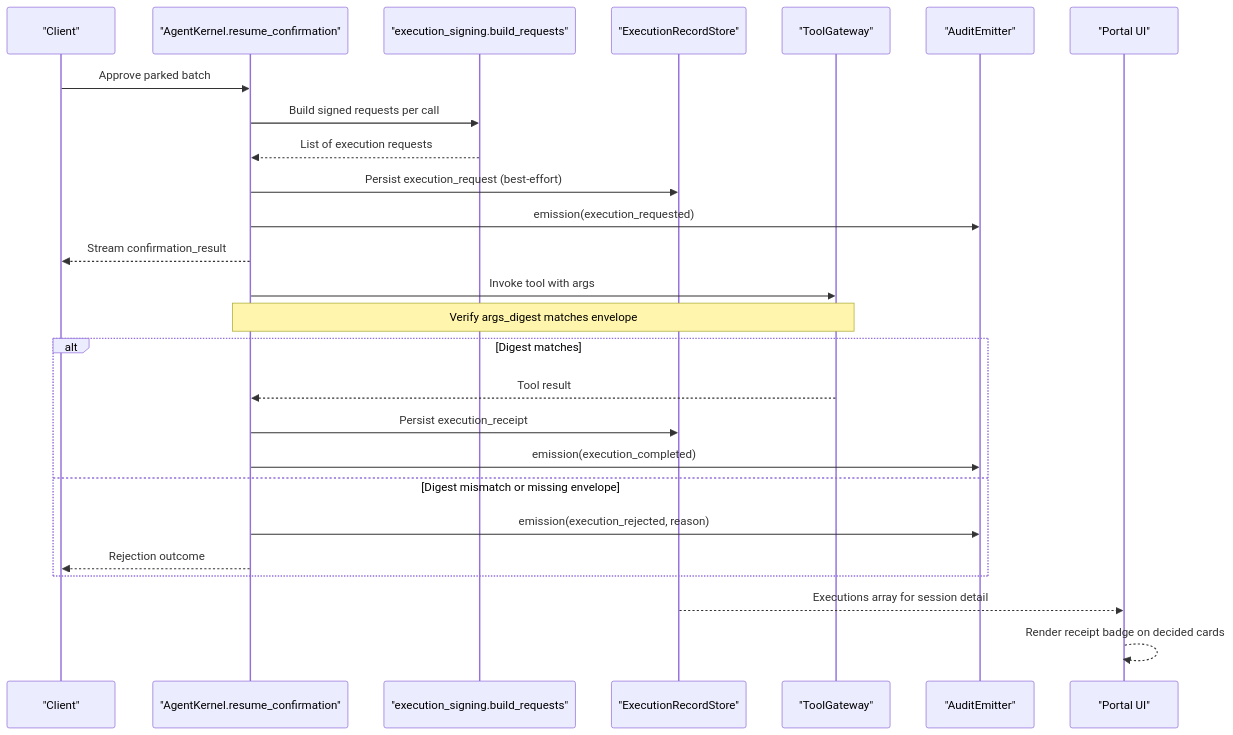
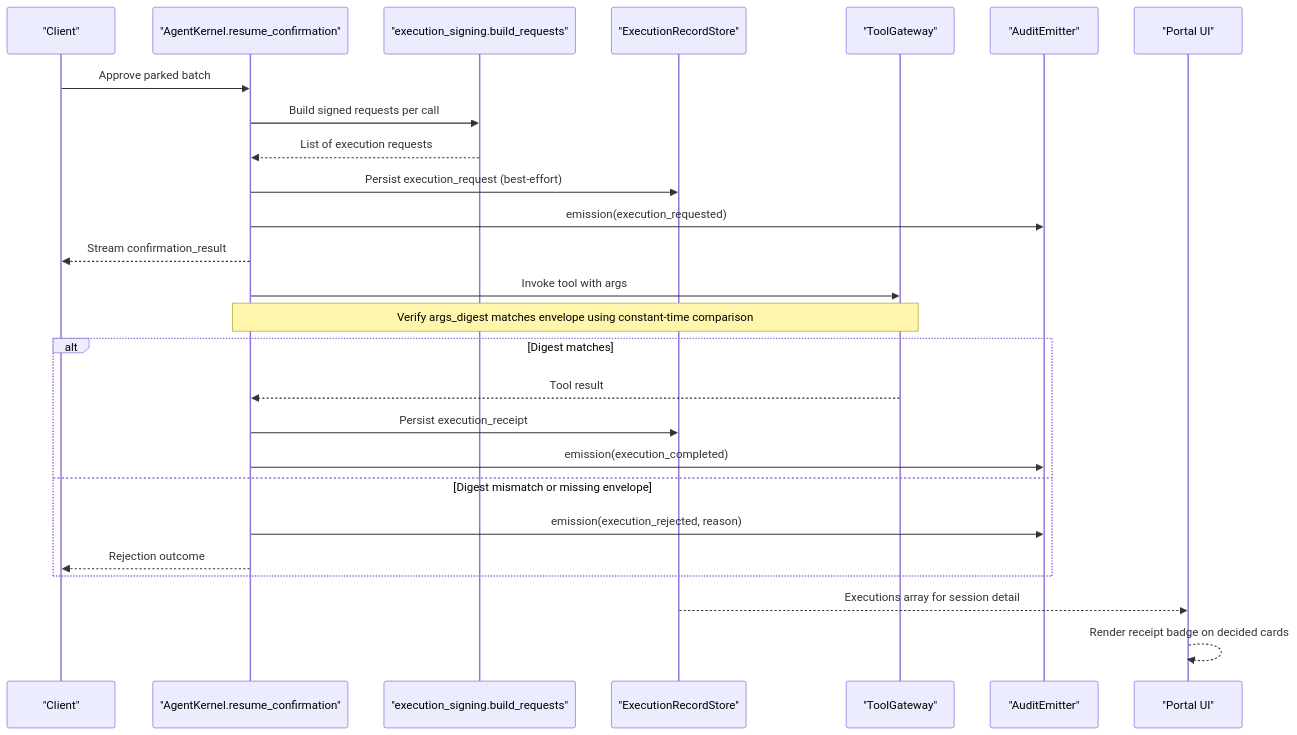
One commit to metasync/luban-aiops changed the second of 8 diagrams in .qoder/repowiki/en/content/Architecture Documentation/SPEC-037_ Signed Execution Requests and Receipts.md. Above: the diagram before and after it, drawn with Mermaid. The commit also changed other lines of this file and 6 other files, not shown here.

````diff
--- a/.qoder/repowiki/en/content/Architecture Documentation/SPEC-037_ Signed Execution Requests and Receipts.md
+++ b/.qoder/repowiki/en/content/Architecture Documentation/SPEC-037_ Signed Execution Requests and Receipts.md
@@ -130,28 +132,28 @@
 ```mermaid
 sequenceDiagram
 participant Client as "Client"
 participant Kernel as "AgentKernel.resume_confirmation"
 participant Signing as "execution_signing.build_requests"
 participant Store as "ExecutionRecordStore"
 participant Gateway as "ToolGateway"
 participant Audit as "AuditEmitter"
 participant Portal as "Portal UI"
 Client->>Kernel : Approve parked batch
 Kernel->>Signing : Build signed requests per call
 Signing-->>Kernel : List of execution requests
 Kernel->>Store : Persist execution_request (best-effort)
 Kernel->>Audit : emission(execution_requested)
 Kernel-->>Client : Stream confirmation_result
 Kernel->>Gateway : Invoke tool with args
-Note over Kernel,Gateway : Verify args_digest matches envelope
+Note over Kernel,Gateway : Verify args_digest matches envelope using constant-time comparison
 alt Digest matches
 Gateway-->>Kernel : Tool result
 Kernel->>Store : Persist execution_receipt
 Kernel->>Audit : emission(execution_completed)
 else Digest mismatch or missing envelope
 Kernel->>Audit : emission(execution_rejected, reason)
 Kernel-->>Client : Rejection outcome
 end
 Store-->>Portal : Executions array for session detail
 Portal-->>Portal : Render receipt badge on decided cards
 ```
````
